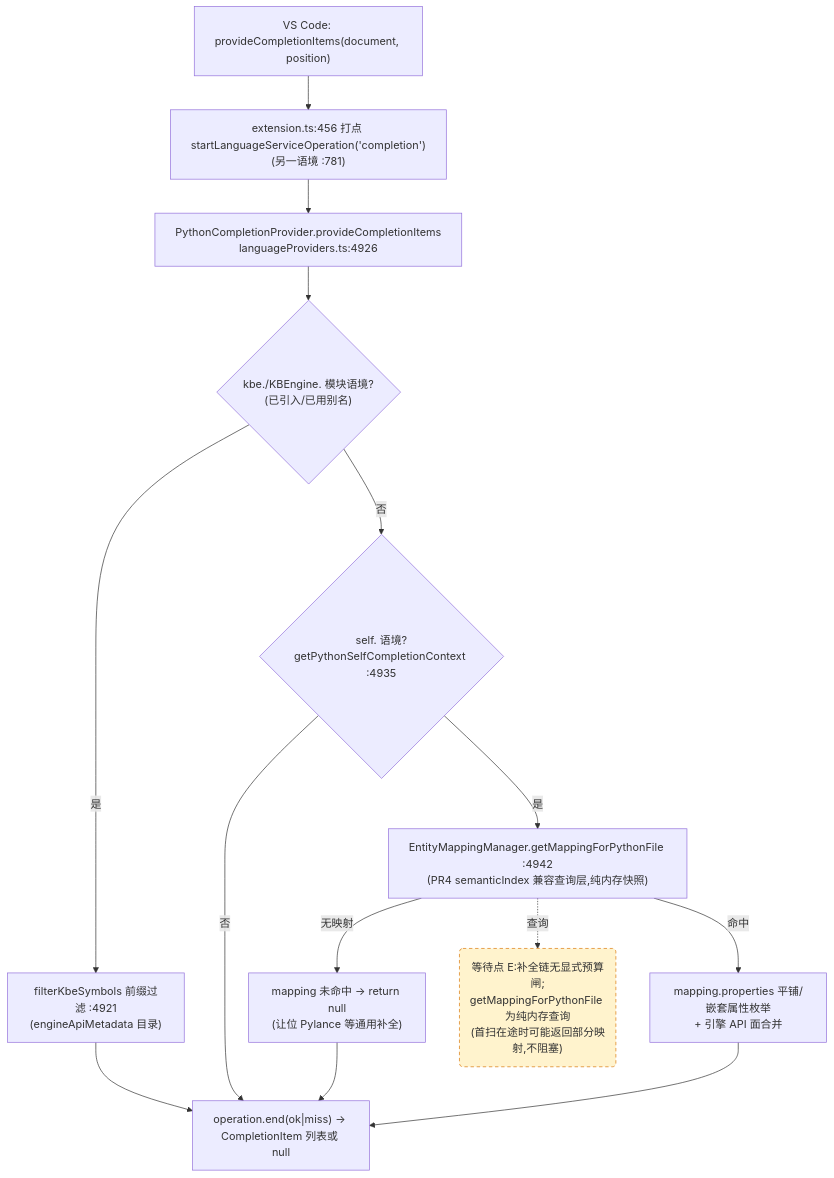
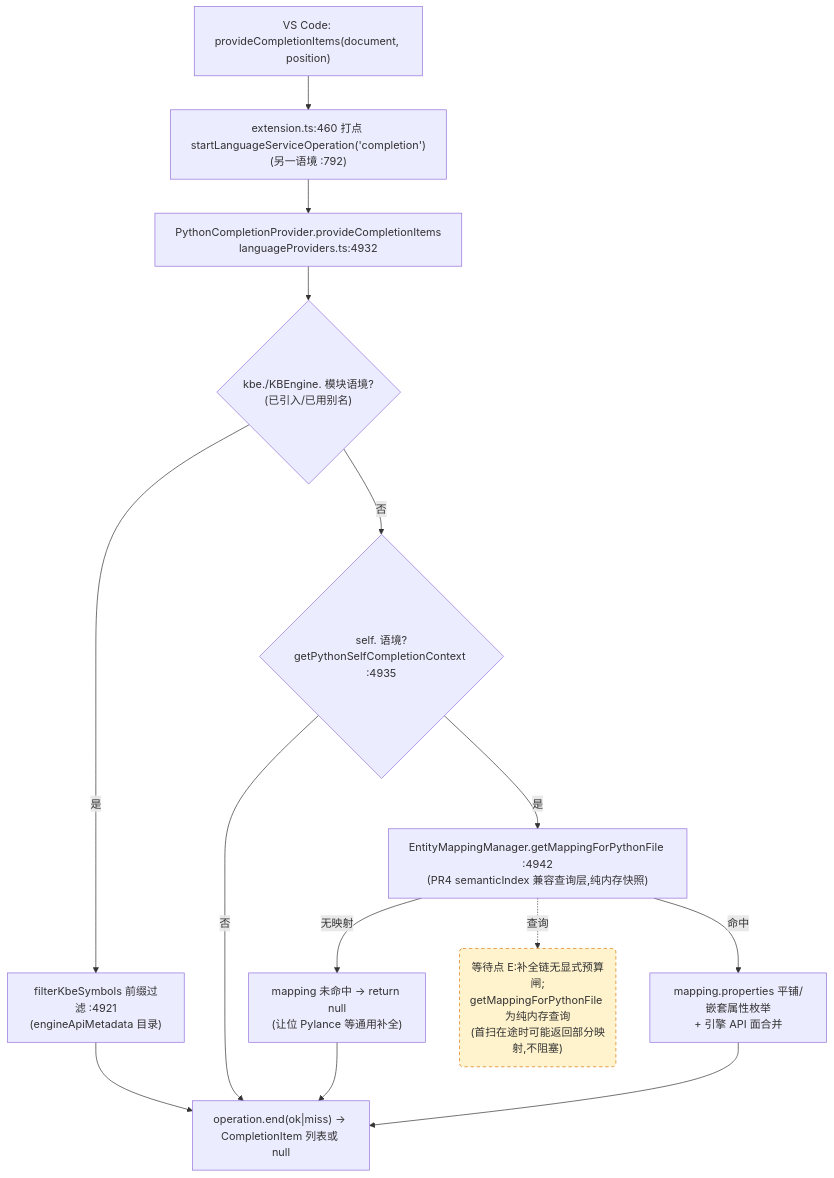
The third of 4 diagrams in docs/perf/2026-baseline.md (cuihairu/kode), drawn with Mermaid before and after one commit. The commit also changed other lines of this file and 6 other files, not shown here.

````diff
--- a/docs/perf/2026-baseline.md
+++ b/docs/perf/2026-baseline.md
@@ -184,27 +184,27 @@
 ```mermaid
 flowchart TD
   VC3["VS Code: provideCompletionItems(document, position)"]
-  M3["extension.ts:456 打点 startLanguageServiceOperation('completion')<br/>(另一语境 :781)"]
-  CP["PythonCompletionProvider.provideCompletionItems<br/>languageProviders.ts:4926"]
+  M3["extension.ts:460 打点 startLanguageServiceOperation('completion')<br/>(另一语境 :792)"]
+  CP["PythonCompletionProvider.provideCompletionItems<br/>languageProviders.ts:4932"]
   KBEC{"kbe./KBEngine. 模块语境?<br/>(已引入/已用别名)"}
   FILTER["filterKbeSymbols 前缀过滤 :4921<br/>(engineApiMetadata 目录)"]
   SELFC{"self. 语境?<br/>getPythonSelfCompletionContext :4935"}
   MAP["EntityMappingManager.getMappingForPythonFile :4942<br/>(PR4 semanticIndex 兼容查询层,纯内存快照)"]
   NOMAP["mapping 未命中 → return null<br/>(让位 Pylance 等通用补全)"]
   PROPS["mapping.properties 平铺/嵌套属性枚举<br/>+ 引擎 API 面合并"]
   END3["operation.end(ok|miss) → CompletionItem 列表或 null"]
 
   VC3 --> M3 --> CP --> KBEC
   KBEC -- "是" --> FILTER --> END3
   KBEC -- "否" --> SELFC
   SELFC -- "否" --> END3
   SELFC -- "是" --> MAP
   MAP -- "无映射" --> NOMAP --> END3
   MAP -- "命中" --> PROPS --> END3
 
   WAITE("等待点 E:补全链无显式预算闸;<br/>getMappingForPythonFile 为纯内存查询<br/>(首扫在途时可能返回部分映射,不阻塞)")
   MAP -.->|查询| WAITE
 
   classDef waitPoint fill:#fff3cd,stroke:#d97706,stroke-dasharray:5 4;
   class WAITE waitPoint;
 ```
````
